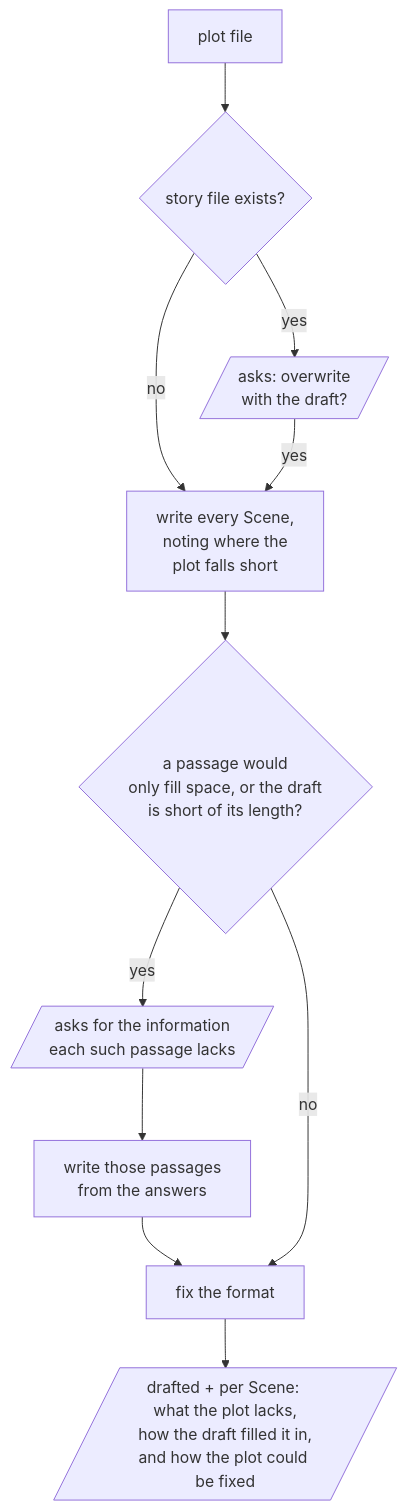
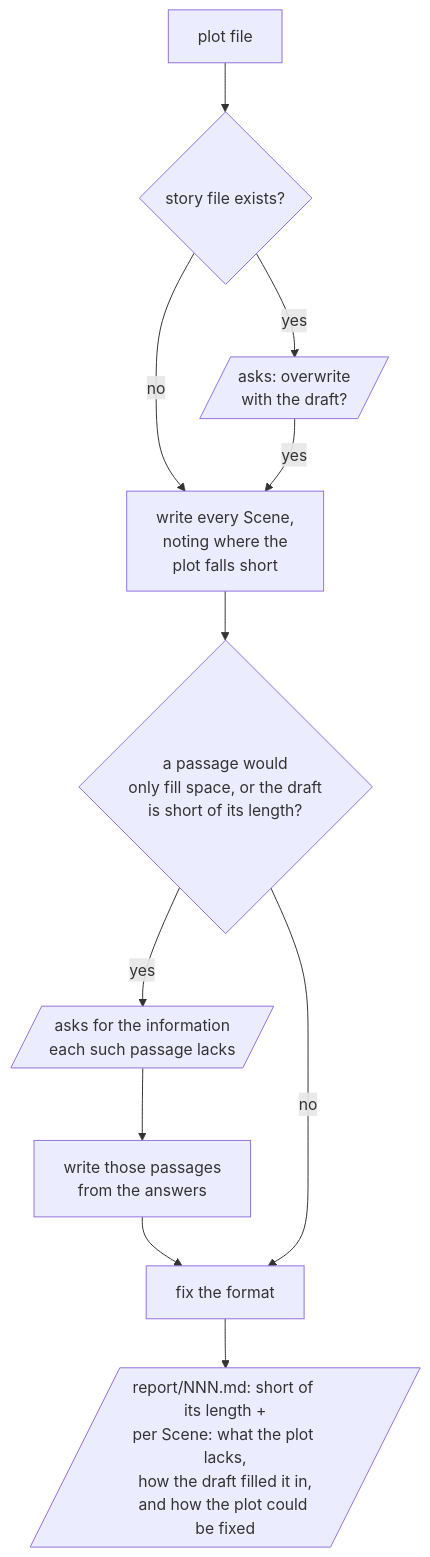
Before and after one commit to omni-stove/skill-kit: the diagram in domains/story/skills/draft/README.md, drawn with Mermaid. The commit also changed 28 other files, not shown here.

````diff
--- a/domains/story/skills/draft/README.md
+++ b/domains/story/skills/draft/README.md
@@ -3,13 +3,13 @@
 ```mermaid
 flowchart TD
   input[plot file] --> exists{story file exists?}
   exists -- "yes" --> ask[/asks: overwrite<br/>with the draft?/]
   exists -- "no" --> write
   ask -- "yes" --> write[write every Scene,<br/>noting where the<br/>plot falls short]
   write --> gap{a passage would<br/>only fill space, or the draft<br/>is short of its length?}
   gap -- "yes" --> need[/asks for the information<br/>each such passage lacks/]
   need --> fill[write those passages<br/>from the answers]
   fill --> format
   gap -- "no" --> format[fix the format]
-  format --> done[/"drafted + per Scene: what the plot lacks,<br/>how the draft filled it in,<br/>and how the plot could be fixed"/]
+  format --> done[/"report/NNN.md: short of its length +<br/>per Scene: what the plot lacks,<br/>how the draft filled it in,<br/>and how the plot could be fixed"/]
 ```
````
